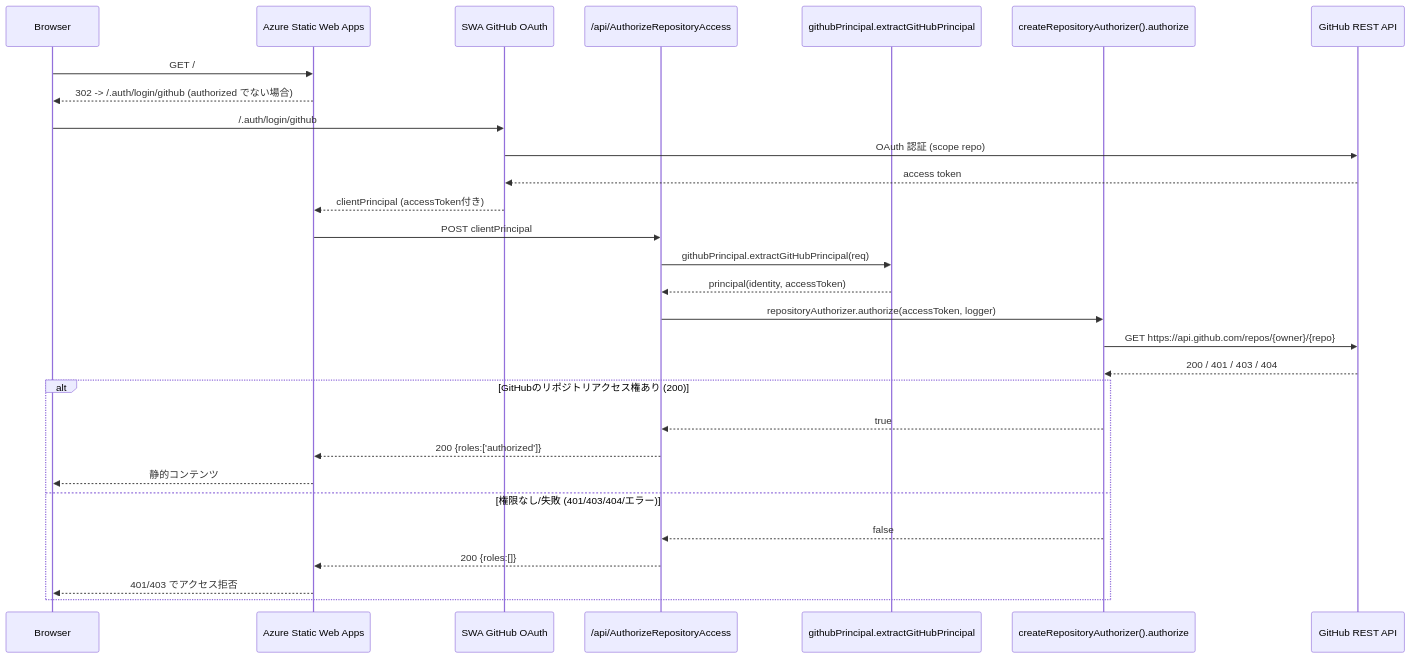
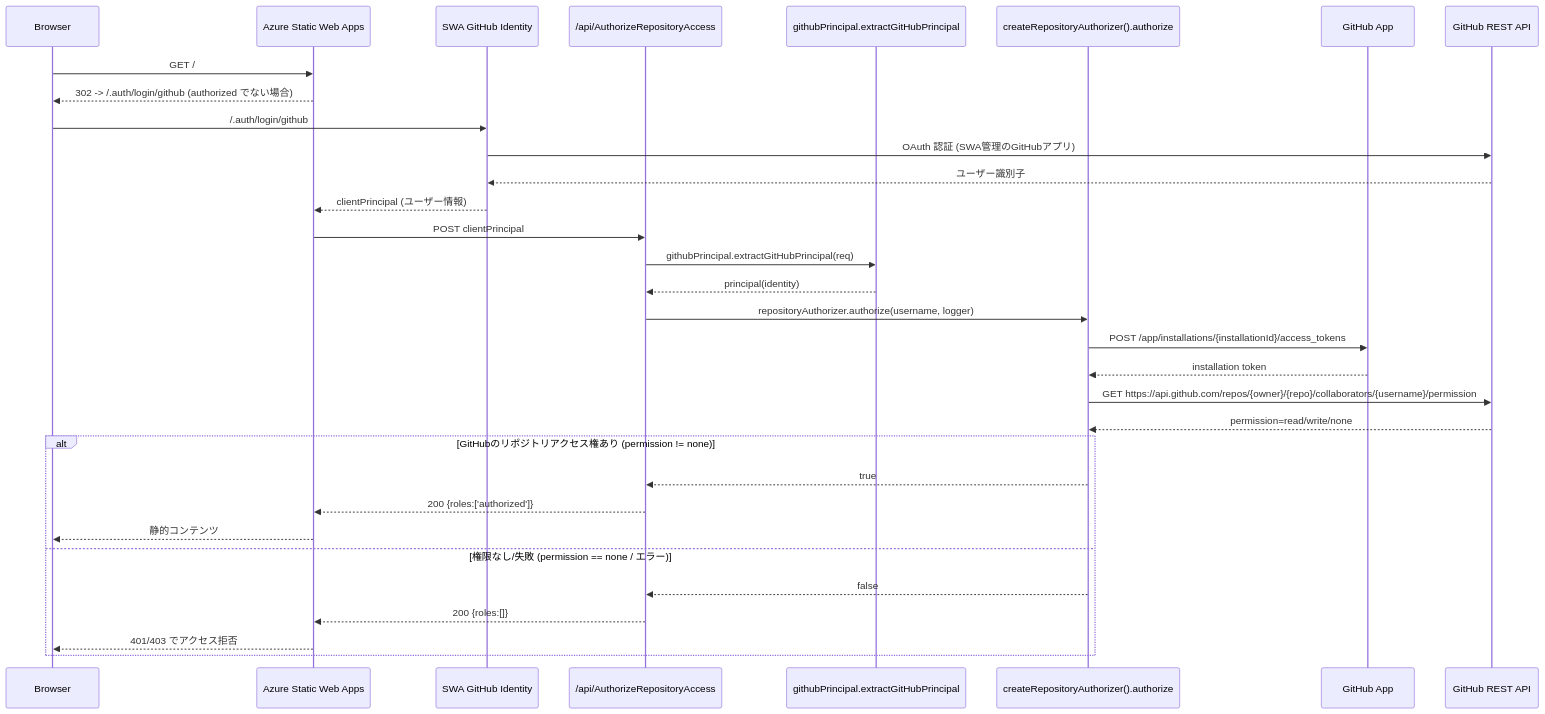
The second of 2 diagrams in README.md (nuitsjp/swa-github-repo-auth), drawn with Mermaid before and after one commit. The commit also changed other lines of this file and 10 other files, not shown here.

Commit message:
Auth: switch to GitHub App authorization

````diff
--- a/README.md
+++ b/README.md
@@ -102,34 +103,37 @@
 ```mermaid
 sequenceDiagram
     participant Browser
     participant SWA as Azure Static Web Apps
-    participant Login as SWA GitHub OAuth
+    participant Login as SWA GitHub Identity
     participant RoleSrc as /api/AuthorizeRepositoryAccess
     participant Principal as githubPrincipal.extractGitHubPrincipal
     participant Authorizer as createRepositoryAuthorizer().authorize
+    participant GitHubApp as GitHub App
     participant GH as GitHub REST API
 
     Browser->>SWA: GET /
     SWA-->>Browser: 302 -> /.auth/login/github (authorized でない場合)
     Browser->>Login: /.auth/login/github
-    Login->>GH: OAuth 認証 (scope repo)
-    GH-->>Login: access token
-    Login-->>SWA: clientPrincipal (accessToken付き)
+    Login->>GH: OAuth 認証 (SWA管理のGitHubアプリ)
+    GH-->>Login: ユーザー識別子
+    Login-->>SWA: clientPrincipal (ユーザー情報)
 
     SWA->>RoleSrc: POST clientPrincipal
     RoleSrc->>Principal: githubPrincipal.extractGitHubPrincipal(req)
-    Principal-->>RoleSrc: principal(identity, accessToken)
+    Principal-->>RoleSrc: principal(identity)
 
-    RoleSrc->>Authorizer: repositoryAuthorizer.authorize(accessToken, logger)
-    Authorizer->>GH: GET https://api.github.com/repos/{owner}/{repo}
-    GH-->>Authorizer: 200 / 401 / 403 / 404
-    alt GitHubのリポジトリアクセス権あり (200)
+    RoleSrc->>Authorizer: repositoryAuthorizer.authorize(username, logger)
+    Authorizer->>GitHubApp: POST /app/installations/{installationId}/access_tokens
+    GitHubApp-->>Authorizer: installation token
+    Authorizer->>GH: GET https://api.github.com/repos/{owner}/{repo}/collaborators/{username}/permission
+    GH-->>Authorizer: permission=read/write/none
+    alt GitHubのリポジトリアクセス権あり (permission != none)
         Authorizer-->>RoleSrc: true
         RoleSrc-->>SWA: 200 {roles:['authorized']}
         SWA-->>Browser: 静的コンテンツ
-    else 権限なし/失敗 (401/403/404/エラー)
+    else 権限なし/失敗 (permission == none / エラー)
         Authorizer-->>RoleSrc: false
         RoleSrc-->>SWA: 200 {roles:[]}
         SWA-->>Browser: 401/403 でアクセス拒否
     end
 ```
````
